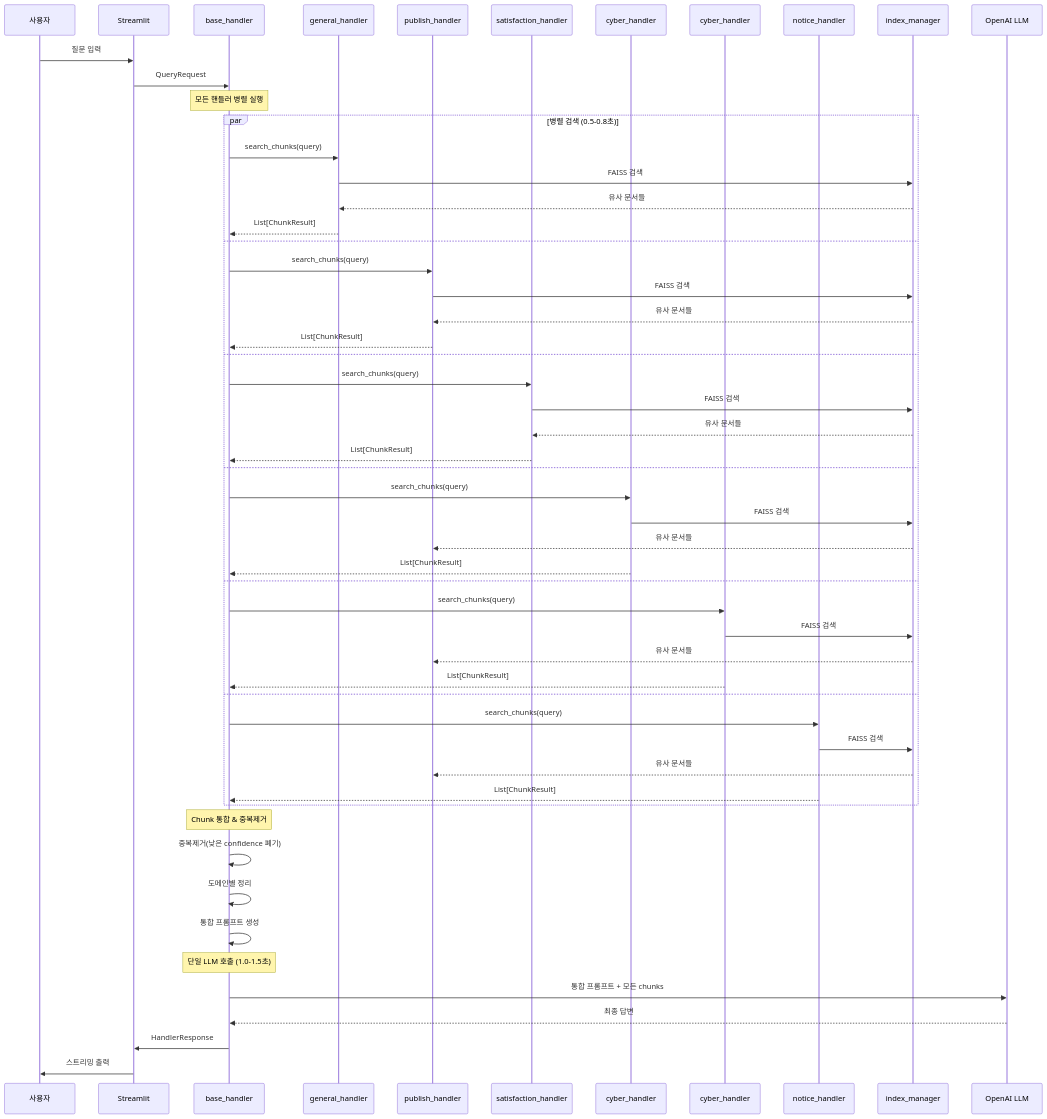
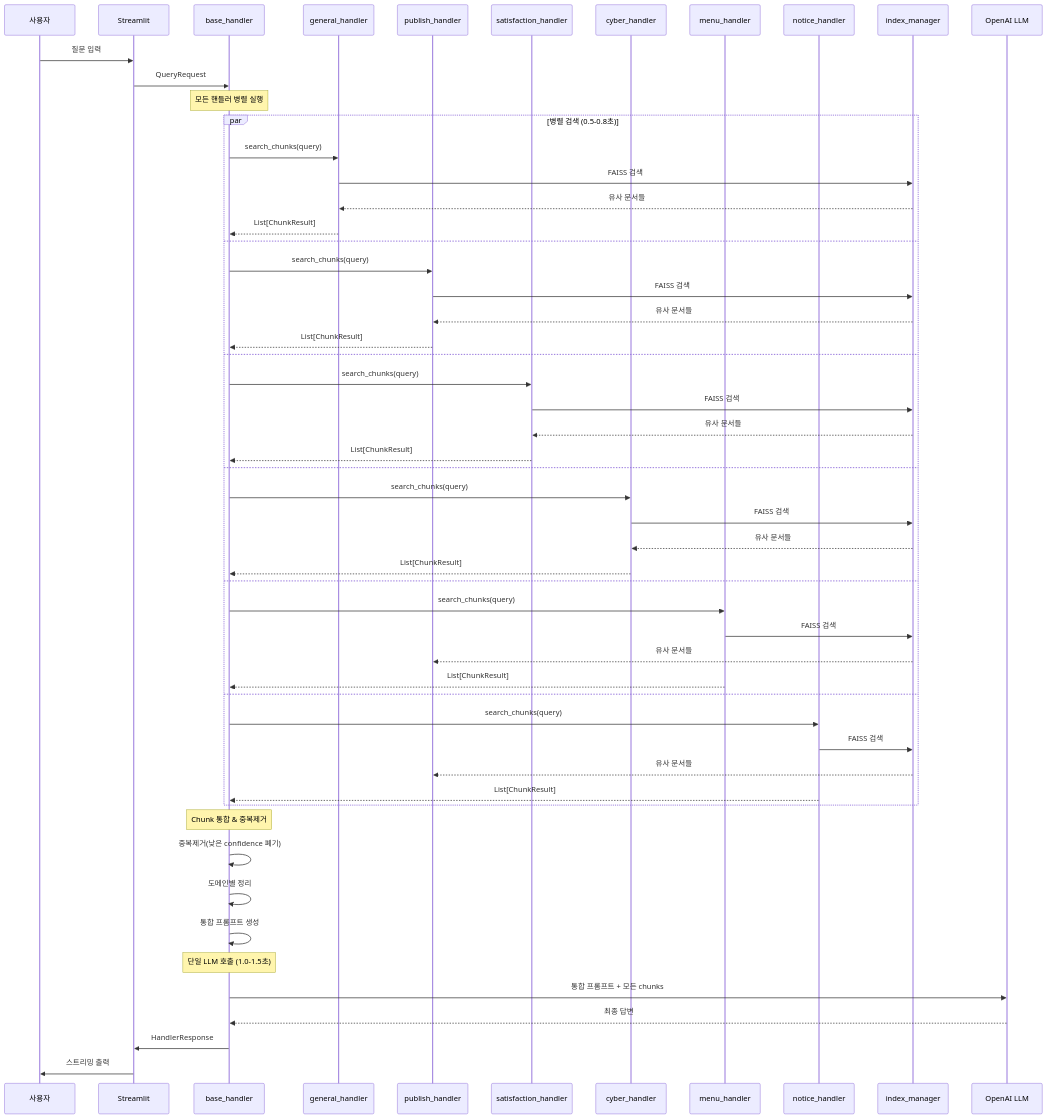
Before and after one commit to monodani/Byeoli_Talk_at_GNH_app: the second of 2 diagrams in docs/architecture_01.md, drawn with Mermaid. The commit also changed other lines of this file, not shown here.

````diff
--- a/docs/architecture_01.md
+++ b/docs/architecture_01.md
@@ -121,62 +122,62 @@
 ```mermaid
 sequenceDiagram
     participant User as 사용자
     participant UI as Streamlit
     participant Central as base_handler
     participant H1 as general_handler
     participant H2 as publish_handler
     participant H3 as satisfaction_handler
     participant H4 as cyber_handler
-    participant H5 as cyber_handler
+    participant H5 as menu_handler
     participant H6 as notice_handler
     participant Index as index_manager
     participant LLM as OpenAI LLM
     
     User->>UI: 질문 입력
     UI->>Central: QueryRequest
     
     Note over Central: 모든 핸들러 병렬 실행
     par 병렬 검색 (0.5-0.8초)
         Central->>H1: search_chunks(query)
         H1->>Index: FAISS 검색
         Index-->>H1: 유사 문서들
         H1-->>Central: List[ChunkResult]
     and
         Central->>H2: search_chunks(query)
         H2->>Index: FAISS 검색
         Index-->>H2: 유사 문서들
         H2-->>Central: List[ChunkResult]
     and
         Central->>H3: search_chunks(query)
         H3->>Index: FAISS 검색
         Index-->>H3: 유사 문서들
         H3-->>Central: List[ChunkResult]
     and
         Central->>H4: search_chunks(query)
         H4->>Index: FAISS 검색
-        Index-->>H2: 유사 문서들
+        Index-->>H4: 유사 문서들
         H4-->>Central: List[ChunkResult]
     and
         Central->>H5: search_chunks(query)
         H5->>Index: FAISS 검색
         Index-->>H2: 유사 문서들
         H5-->>Central: List[ChunkResult]
     and
         Central->>H6: search_chunks(query)
         H6->>Index: FAISS 검색
         Index-->>H2: 유사 문서들
         H6-->>Central: List[ChunkResult]
     end
     
     Note over Central: Chunk 통합 & 중복제거
     Central->>Central: 중복제거(낮은 confidence 폐기)
     Central->>Central: 도메인별 정리
     Central->>Central: 통합 프롬프트 생성
     
     Note over Central: 단일 LLM 호출 (1.0-1.5초)
     Central->>LLM: 통합 프롬프트 + 모든 chunks
     LLM-->>Central: 최종 답변
     
     Central->>UI: HandlerResponse
     UI->>User: 스트리밍 출력
 ```
````
